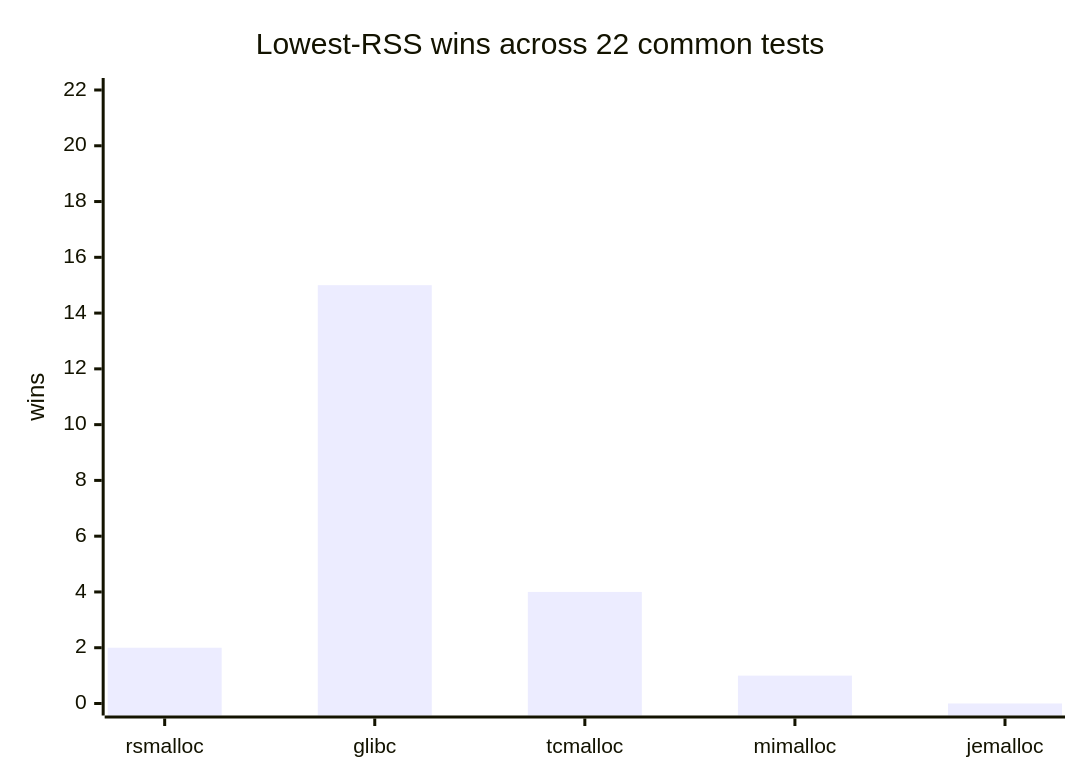
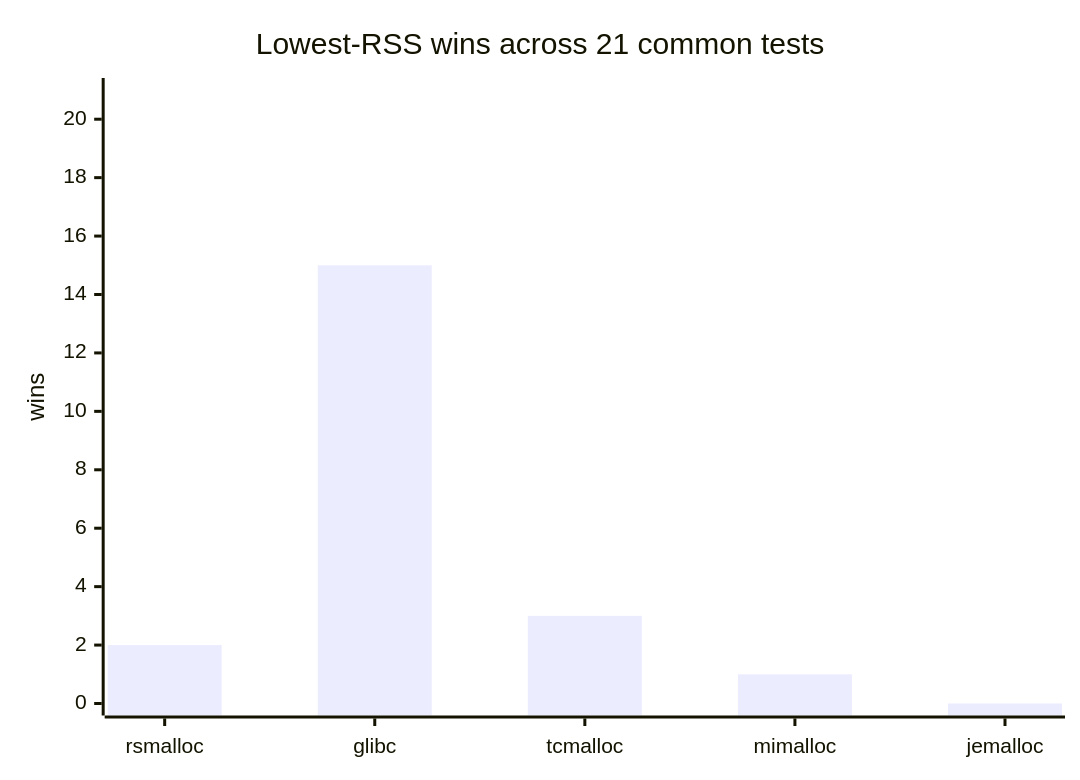
One commit to Metehan120/rsmalloc changed the second of 8 diagrams in benchmarks/benchmarks.md. Above: the diagram before and after it, drawn with Mermaid. The commit also changed other lines of this file and 3 other files, not shown here.

````diff
--- a/benchmarks/benchmarks.md
+++ b/benchmarks/benchmarks.md
@@ -86,7 +85,7 @@
 ```mermaid
 xychart-beta
-    title "Lowest-RSS wins across 22 common tests"
+    title "Lowest-RSS wins across 21 common tests"
     x-axis [rsmalloc, glibc, tcmalloc, mimalloc, jemalloc]
-    y-axis "wins" 0 --> 22
-    bar [2, 15, 4, 1, 0]
+    y-axis "wins" 0 --> 21
+    bar [2, 15, 3, 1, 0]
 ```
````
